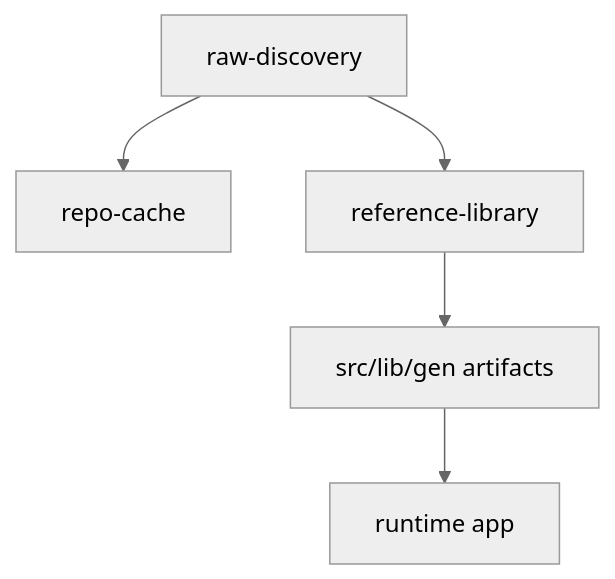
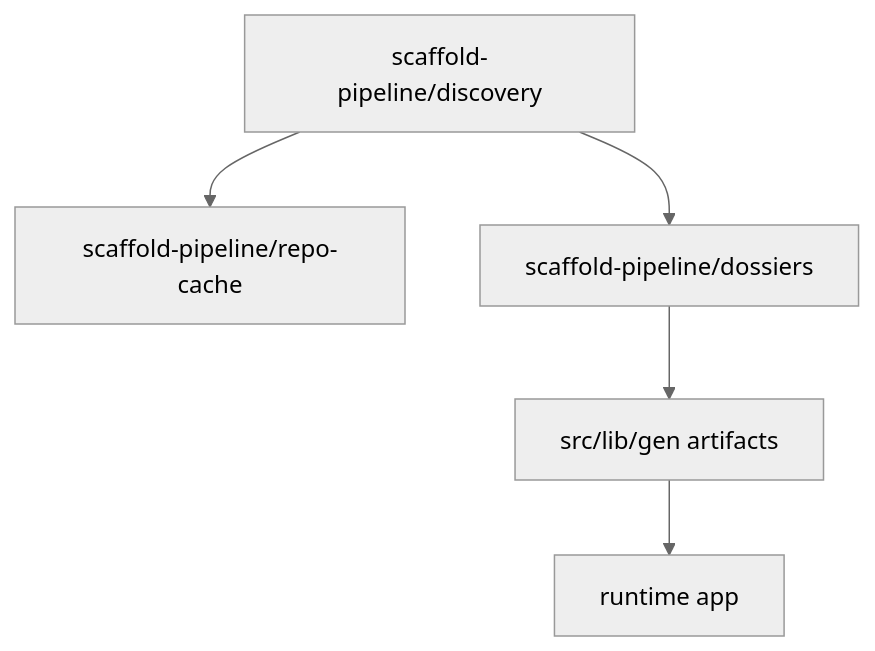
Before and after one commit to Jakeminator123/sajtmaskin: the diagram in docs/architecture/repo-hygiene.md, drawn with Mermaid (neutral theme). The commit also changed other lines of this file and 75 other files, not shown here.

````diff
--- a/docs/architecture/repo-hygiene.md
+++ b/docs/architecture/repo-hygiene.md
@@ -17,7 +17,7 @@
 ```mermaid
 flowchart TD
-  rawDiscovery["raw-discovery"] --> repoCache["repo-cache"]
-  rawDiscovery --> referenceLibrary["reference-library"]
-  referenceLibrary --> generatedArtifacts["src/lib/gen artifacts"]
+  rawDiscovery["scaffold-pipeline/discovery"] --> repoCache["scaffold-pipeline/repo-cache"]
+  rawDiscovery --> dossiers["scaffold-pipeline/dossiers"]
+  dossiers --> generatedArtifacts["src/lib/gen artifacts"]
   generatedArtifacts --> runtimeApp["runtime app"]
 ```
````
